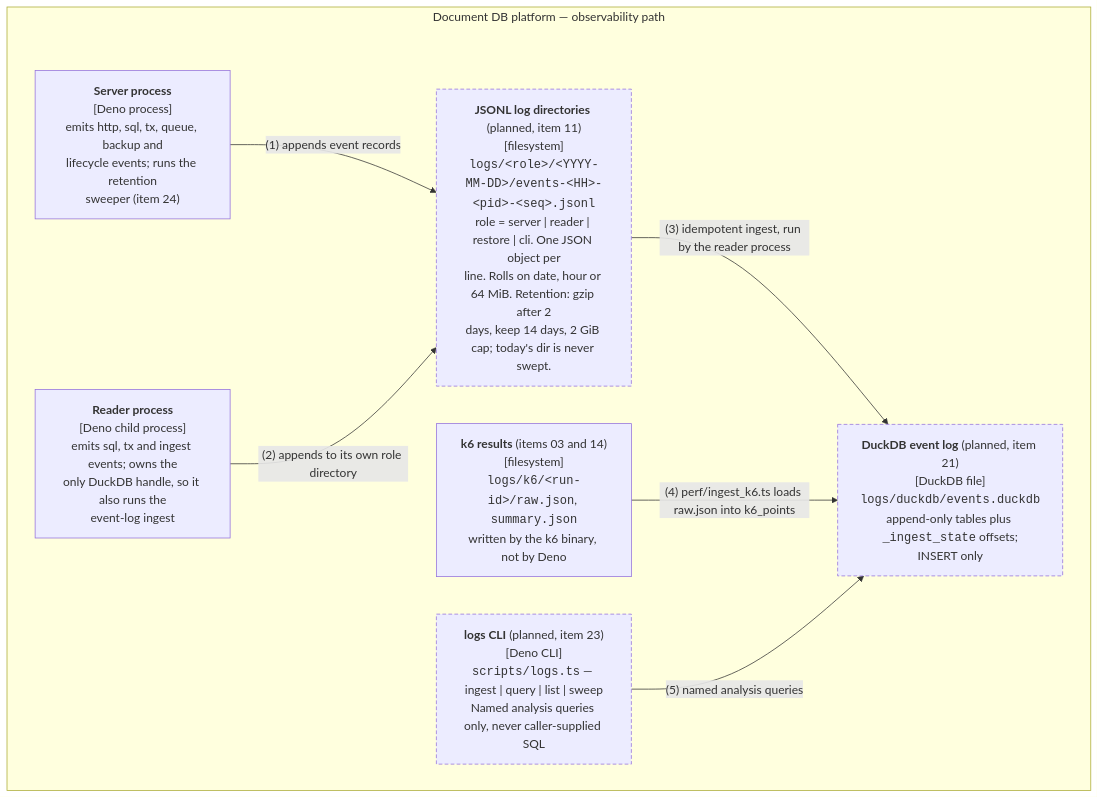
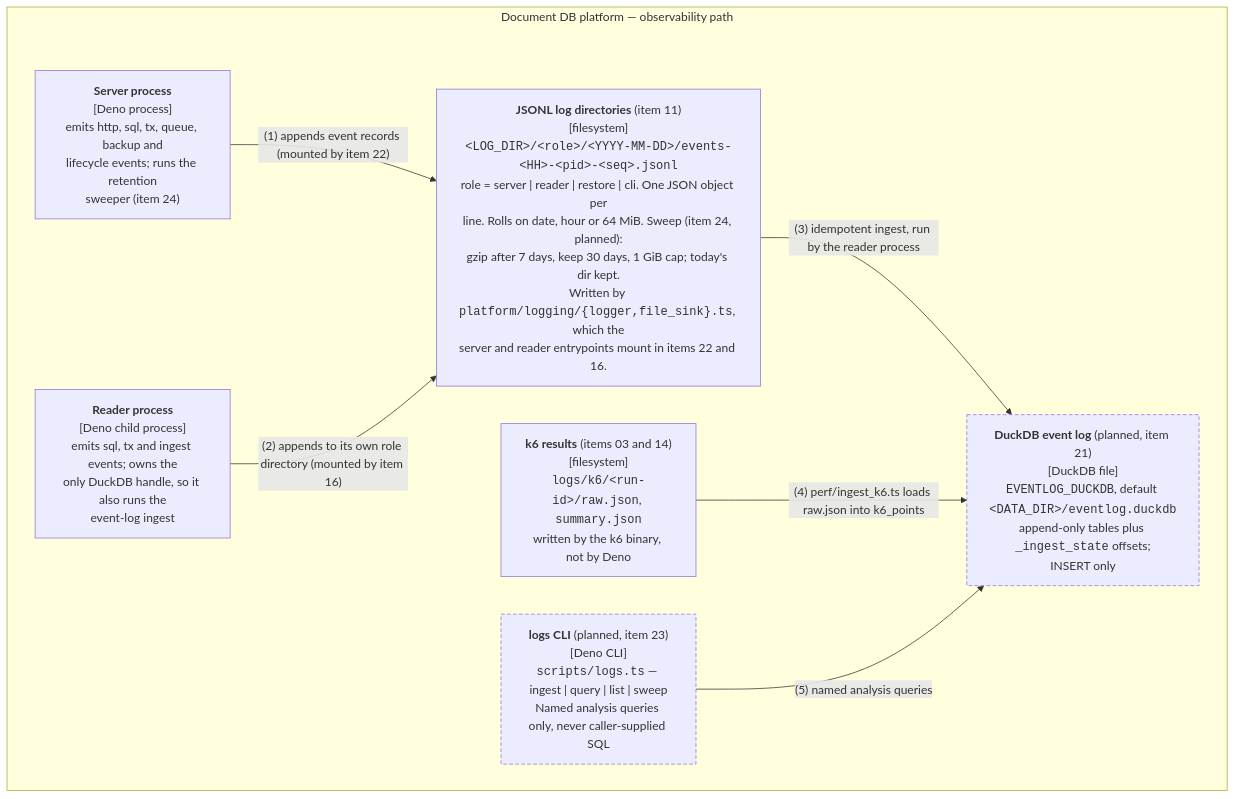
Before and after one commit to nickstrad/ts-db: the diagram in docs/architecture/c4-container-observability.github.md, drawn with Mermaid. The commit also changed other lines of this file and 12 other files, not shown here.

First line of the commit message:
docs: C4 diagram audit — sync with items 01-14

````diff
--- a/docs/architecture/c4-container-observability.github.md
+++ b/docs/architecture/c4-container-observability.github.md
@@ -20,20 +23,20 @@
 ```mermaid
 flowchart TB
     subgraph host["Document DB platform — observability path"]
         server["<b>Server process</b><br/>[Deno process]<br/>emits http, sql, tx, queue, backup and<br/>lifecycle events; runs the retention<br/>sweeper (item 24)"]
         reader["<b>Reader process</b><br/>[Deno child process]<br/>emits sql, tx and ingest events; owns the<br/>only DuckDB handle, so it also runs the<br/>event-log ingest"]
-        jsonl["<b>JSONL log directories</b> (planned, item 11)<br/>[filesystem]<br/><code>logs/&lt;role&gt;/&lt;YYYY-MM-DD&gt;/events-&lt;HH&gt;-&lt;pid&gt;-&lt;seq&gt;.jsonl</code><br/>role = server | reader | restore | cli. One JSON object per<br/>line. Rolls on date, hour or 64 MiB. Retention: gzip after 2<br/>days, keep 14 days, 2 GiB cap; today's dir is never swept."]
+        jsonl["<b>JSONL log directories</b> (item 11)<br/>[filesystem]<br/><code>&lt;LOG_DIR&gt;/&lt;role&gt;/&lt;YYYY-MM-DD&gt;/events-&lt;HH&gt;-&lt;pid&gt;-&lt;seq&gt;.jsonl</code><br/>role = server | reader | restore | cli. One JSON object per<br/>line. Rolls on date, hour or 64 MiB. Sweep (item 24, planned):<br/>gzip after 7 days, keep 30 days, 1 GiB cap; today's dir kept.<br/>Written by <code>platform/logging/{logger,file_sink}.ts</code>, which the<br/>server and reader entrypoints mount in items 22 and 16."]
         k6["<b>k6 results</b> (items 03 and 14)<br/>[filesystem]<br/><code>logs/k6/&lt;run-id&gt;/raw.json</code>, <code>summary.json</code><br/>written by the k6 binary, not by Deno"]
-        duck["<b>DuckDB event log</b> (planned, item 21)<br/>[DuckDB file]<br/><code>logs/duckdb/events.duckdb</code><br/>append-only tables plus <code>_ingest_state</code> offsets;<br/>INSERT only"]
+        duck["<b>DuckDB event log</b> (planned, item 21)<br/>[DuckDB file]<br/><code>EVENTLOG_DUCKDB</code>, default <code>&lt;DATA_DIR&gt;/eventlog.duckdb</code><br/>append-only tables plus <code>_ingest_state</code> offsets;<br/>INSERT only"]
         cli["<b>logs CLI</b> (planned, item 23)<br/>[Deno CLI]<br/><code>scripts/logs.ts</code> — ingest | query | list | sweep<br/>Named analysis queries only, never caller-supplied SQL"]
     end
 
-    server -->|"(1) appends event records"| jsonl
-    reader -->|"(2) appends to its own role directory"| jsonl
+    server -->|"(1) appends event records (mounted by item 22)"| jsonl
+    reader -->|"(2) appends to its own role directory (mounted by item 16)"| jsonl
     jsonl -->|"(3) idempotent ingest, run by the reader process"| duck
     k6 -->|"(4) perf/ingest_k6.ts loads raw.json into k6_points"| duck
     cli -->|"(5) named analysis queries"| duck
 
     classDef planned stroke-dasharray: 5 3
-    class jsonl,duck,cli planned
+    class duck,cli planned
 ```
````
